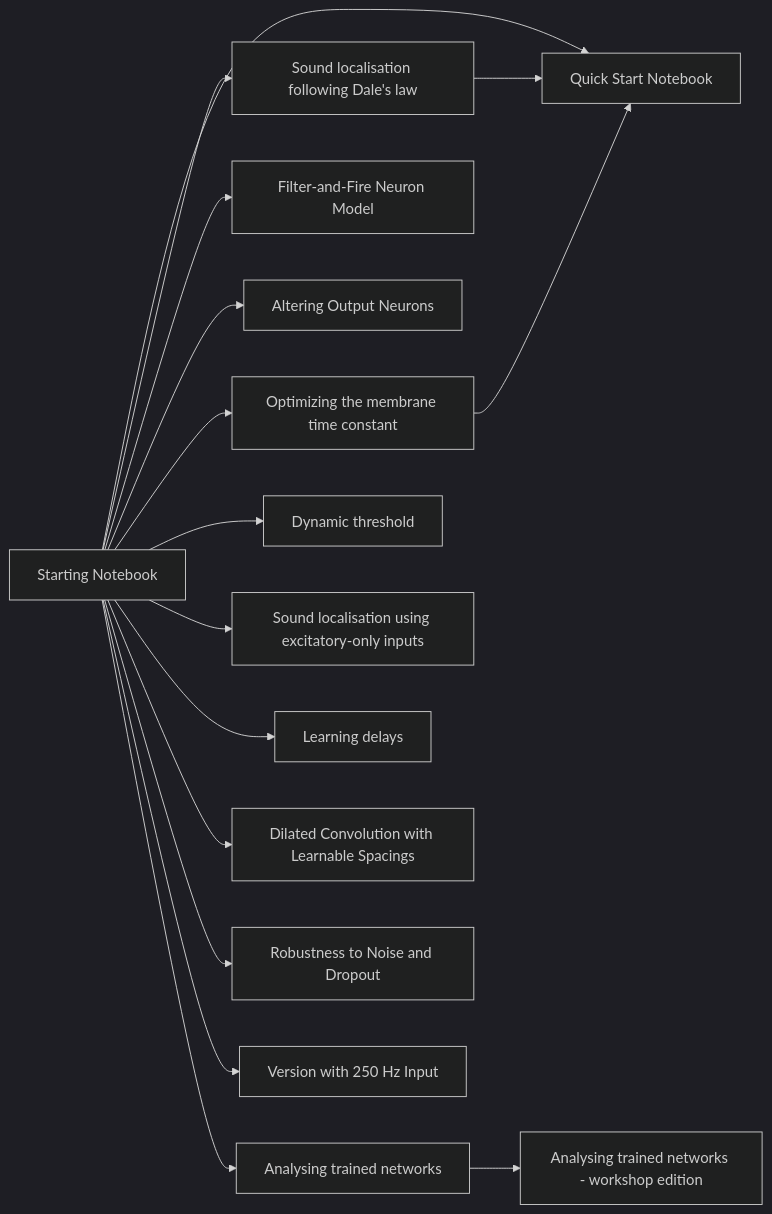
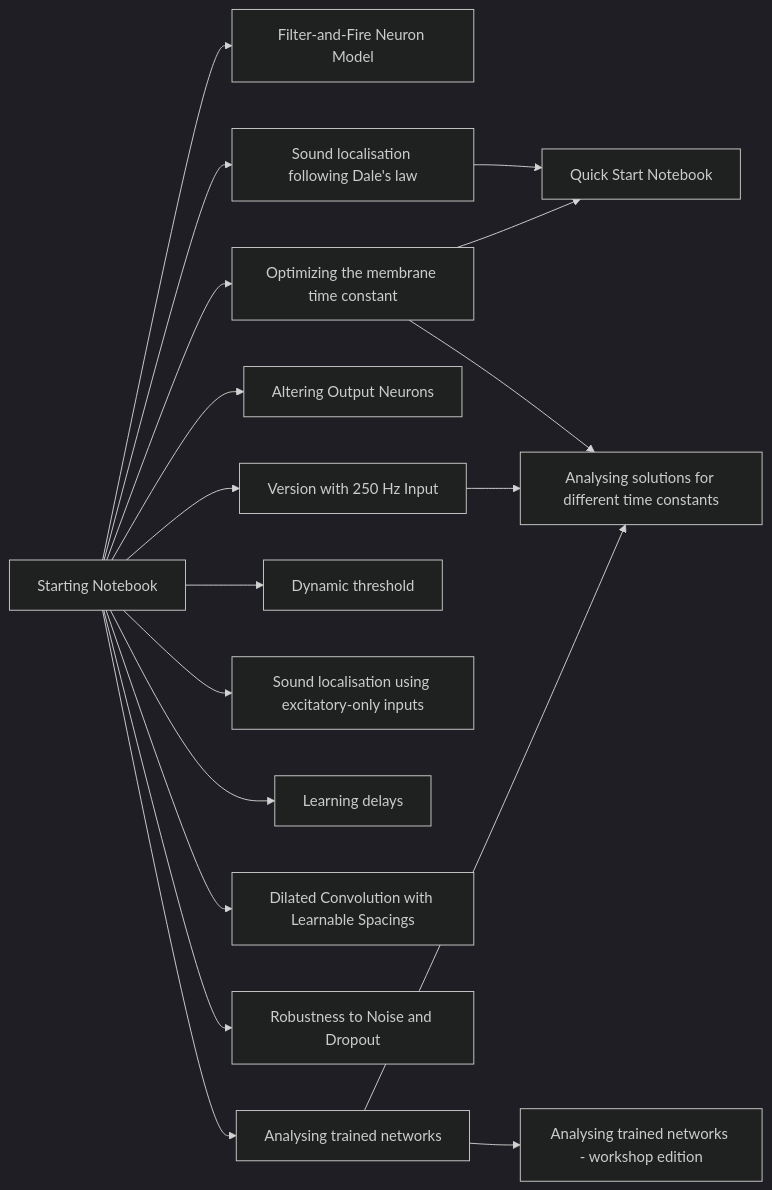
Before and after one commit to comob-project/snn-sound-localization: the diagram in paper/sections/notebook_map.md, drawn with Mermaid (dark theme). The commit also changed other lines of this file, not shown here.

Commit message:
tweak map

````diff
--- a/paper/sections/notebook_map.md
+++ b/paper/sections/notebook_map.md
@@ -5,18 +5,20 @@
 ```{mermaid}
 flowchart LR
-    SN[Starting Notebook] --> QS[Quick Start Notebook]
-    Dale --> QS
+    SN[Starting Notebook] --> FF[Filter-and-Fire Neuron Model]
+    Dale --> QS[Quick Start Notebook]
     Tau --> QS
-    SN --> FF[Filter-and-Fire Neuron Model]
     SN --> AON[Altering Output Neurons]
     ATN --> AW[Analysing trained networks - workshop edition]
     SN --> Dale[Sound localisation following Dale's law]
     SN --> DThr[Dynamic threshold]
     SN --> Exc[Sound localisation using excitatory-only inputs]
     SN --> DDL[Learning delays]
     SN --> DCLS[Dilated Convolution with Learnable Spacings]
     SN --> Rob[Robustness to Noise and Dropout]
     SN --> V250[Version with 250 Hz Input]
     SN --> ATN[Analysing trained networks]
     SN --> Tau[Optimizing the membrane time constant]
+    Tau --> AnTau[Analysing solutions for different time constants]
+    V250 --> AnTau
+    ATN --> AnTau
 ```
````
